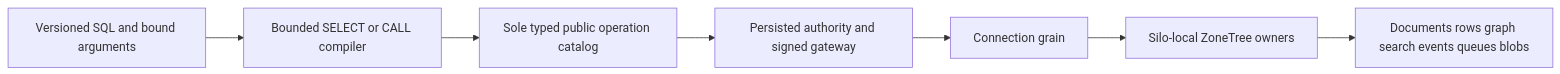
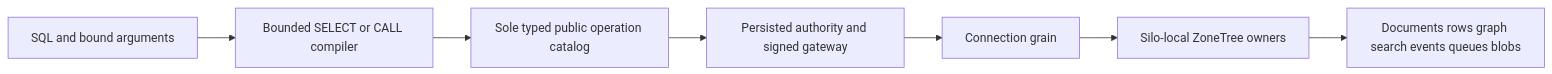
Before and after one commit to managedcode/KeyLoad: the diagram in docs/ADR/ADR-054-central-sql.md, drawn with Mermaid. The commit also changed other lines of this file and 856 other files, not shown here.

````diff
--- a/docs/ADR/ADR-054-central-sql.md
+++ b/docs/ADR/ADR-054-central-sql.md
@@ -37,9 +36,9 @@
 ```mermaid
 flowchart LR
-    SQL[Versioned SQL and bound arguments] --> Compile[Bounded SELECT or CALL compiler]
+    SQL[SQL and bound arguments] --> Compile[Bounded SELECT or CALL compiler]
     Compile --> Catalog[Sole typed public operation catalog]
     Catalog --> Gateway[Persisted authority and signed gateway]
     Gateway --> Actor[Connection grain]
     Actor --> Host[Silo-local ZoneTree owners]
     Host --> Models[Documents rows graph search events queues blobs]
 ```
````
